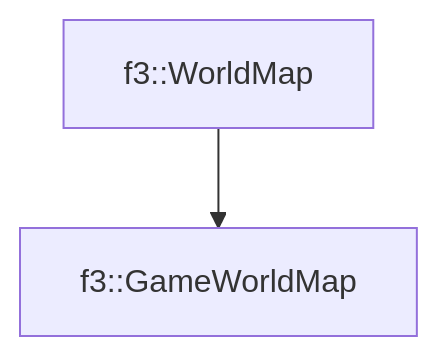
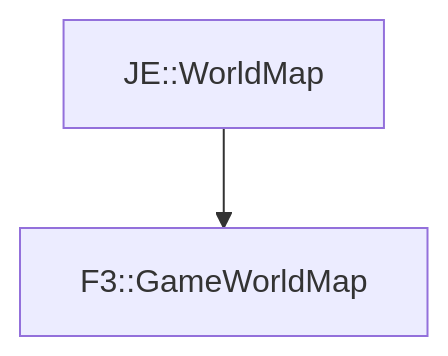
Before and after one commit to OpenJE/openvb: the diagram in docs/f3/GameWorldMap.md, drawn with Mermaid. The commit also changed other lines of this file and 1399 other files, not shown here.

````diff
--- a/docs/f3/GameWorldMap.md
+++ b/docs/f3/GameWorldMap.md
@@ -16,4 +16,4 @@
 ```mermaid
 graph TD;
-    f3::WorldMap --> f3::GameWorldMap
+    JE::WorldMap --> F3::GameWorldMap
 ```
````
